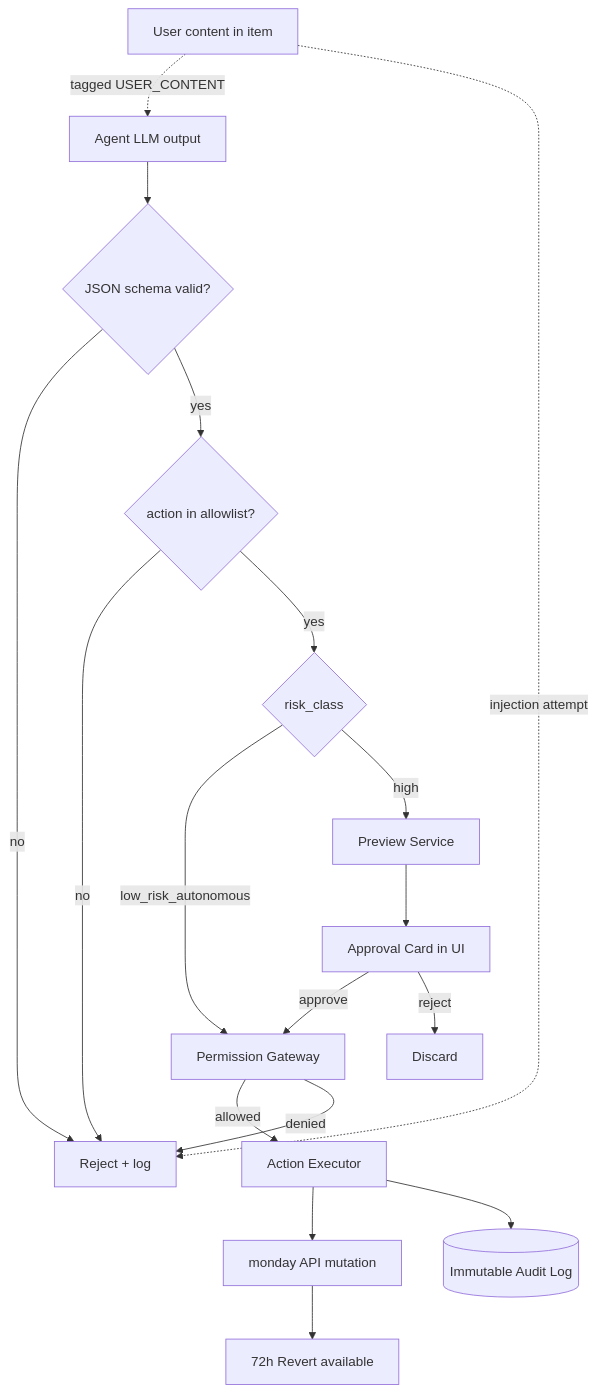
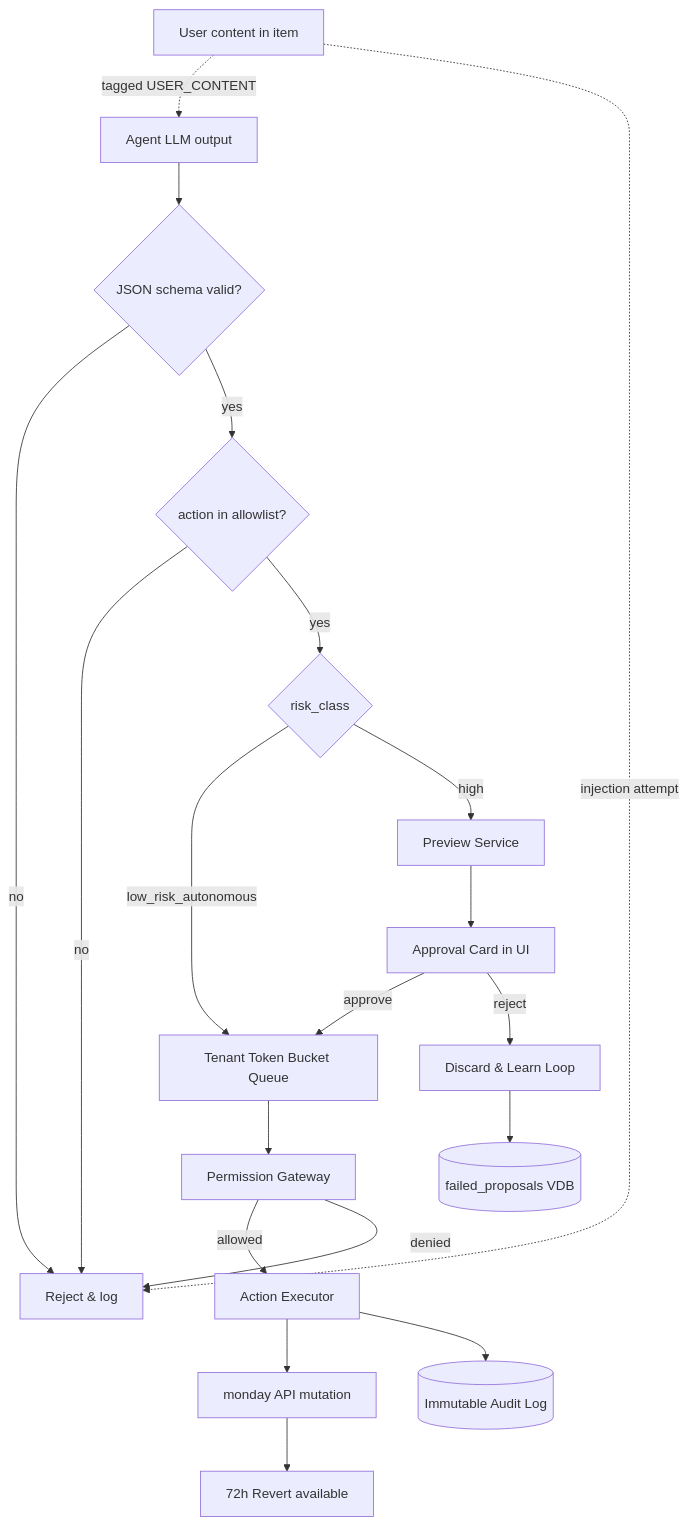
One commit to Galina-Blokh/monday-system changed diagram 11 of 14 in monday_agent_system_design.md. Above: the diagram before and after it, drawn with Mermaid. The commit also changed other lines of this file, not shown here.

````diff
--- a/monday_agent_system_design.md
+++ b/monday_agent_system_design.md
@@ -567,23 +577,25 @@
 ```mermaid
 flowchart TD
   LLM[Agent LLM output] --> SCHEMA{JSON schema valid?}
-  SCHEMA -->|no| REJECT[Reject + log]
+  SCHEMA -->|no| REJECT[Reject & log]
   SCHEMA -->|yes| ENUM{action in allowlist?}
   ENUM -->|no| REJECT
   ENUM -->|yes| RISK{risk_class}
 
-  RISK -->|low_risk_autonomous| GW[Permission Gateway]
+  RISK -->|low_risk_autonomous| RATE[Tenant Token Bucket Queue]
   RISK -->|high| PRE[Preview Service]
   PRE --> CARD[Approval Card in UI]
-  CARD -->|approve| GW
-  CARD -->|reject| DISCARD[Discard]
+  CARD -->|approve| RATE
+  CARD -->|reject| DISC[Discard & Learn Loop]
+  DISC --> FP_VDB[(failed_proposals VDB)]
 
+  RATE --> GW[Permission Gateway]
   GW -->|allowed| EXE[Action Executor]
   GW -->|denied| REJECT
   EXE --> API[monday API mutation]
   EXE --> AUD[(Immutable Audit Log)]
   API --> UNDO[72h Revert available]
 
   USER[User content in item] -.->|tagged USER_CONTENT| LLM
   USER -.->|injection attempt| REJECT
 ```
````
